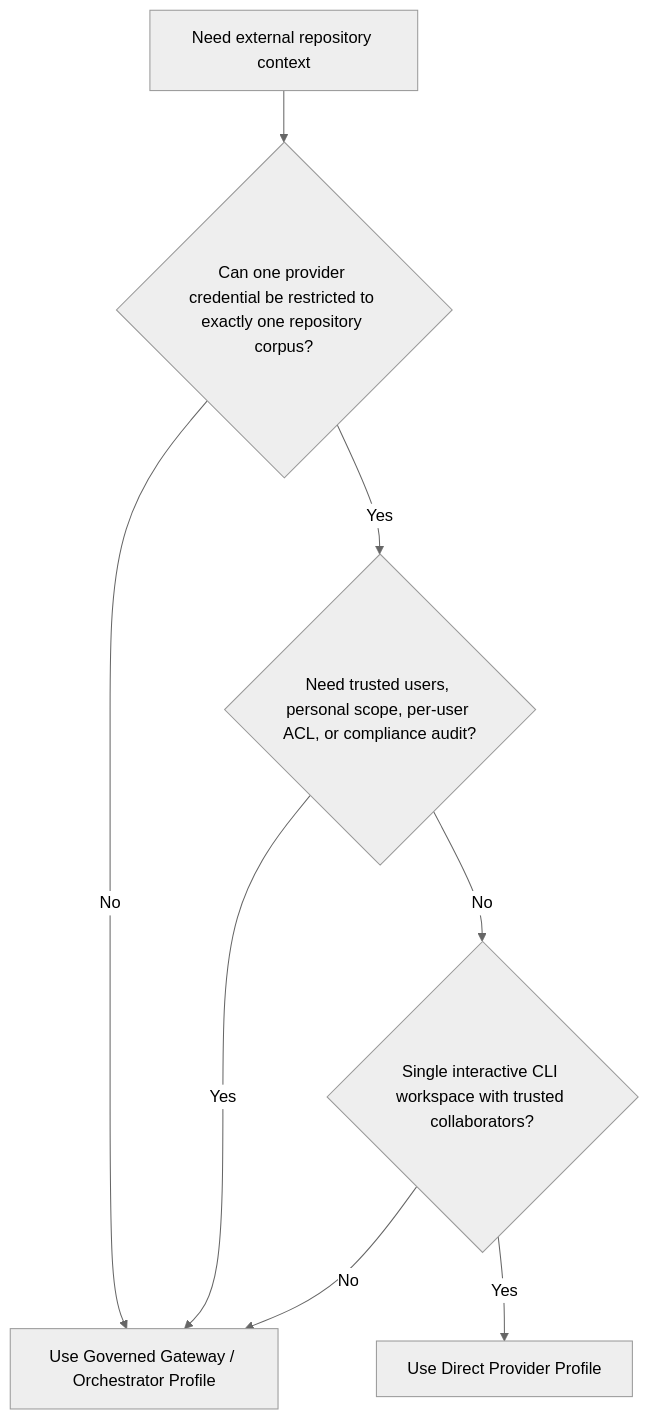
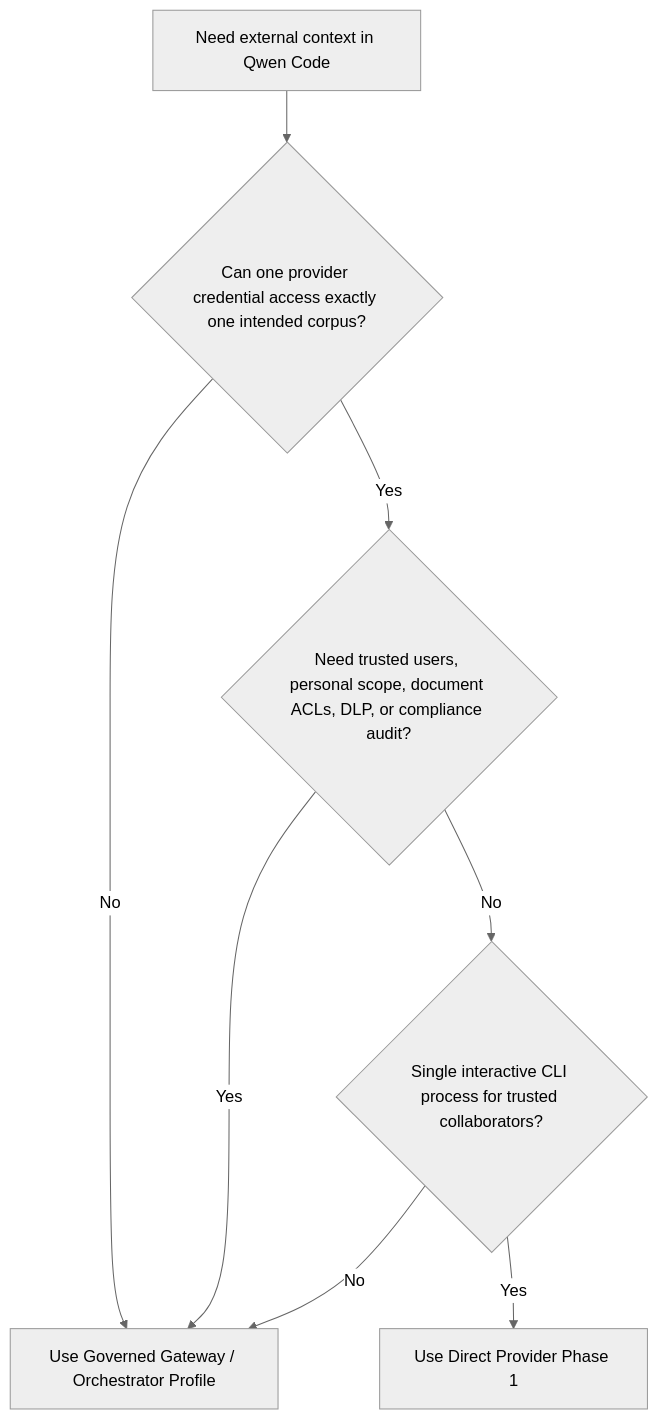
The first of 2 diagrams in docs/design/direct-external-context-provider.md (QwenLM/qwen-code), drawn with Mermaid (neutral theme) before and after one commit. The commit also changed other lines of this file and 23 other files, not shown here.

First line of the commit message:
refactor(integrations): narrow external context to retrieval

````diff
--- a/docs/design/direct-external-context-provider.md
+++ b/docs/design/direct-external-context-provider.md
@@ -48,10 +65,10 @@
 ```mermaid
 flowchart TD
-    A["Need external repository context"] --> B{"Can one provider credential be restricted to exactly one repository corpus?"}
+    A["Need external context in Qwen Code"] --> B{"Can one provider credential access exactly one intended corpus?"}
     B -- "No" --> G["Use Governed Gateway / Orchestrator Profile"]
-    B -- "Yes" --> C{"Need trusted users, personal scope, per-user ACL, or compliance audit?"}
+    B -- "Yes" --> C{"Need trusted users, personal scope, document ACLs, DLP, or compliance audit?"}
     C -- "Yes" --> G
-    C -- "No" --> D{"Single interactive CLI workspace with trusted collaborators?"}
+    C -- "No" --> D{"Single interactive CLI process for trusted collaborators?"}
     D -- "No" --> G
-    D -- "Yes" --> E["Use Direct Provider Profile"]
+    D -- "Yes" --> E["Use Direct Provider Phase 1"]
 ```
````
